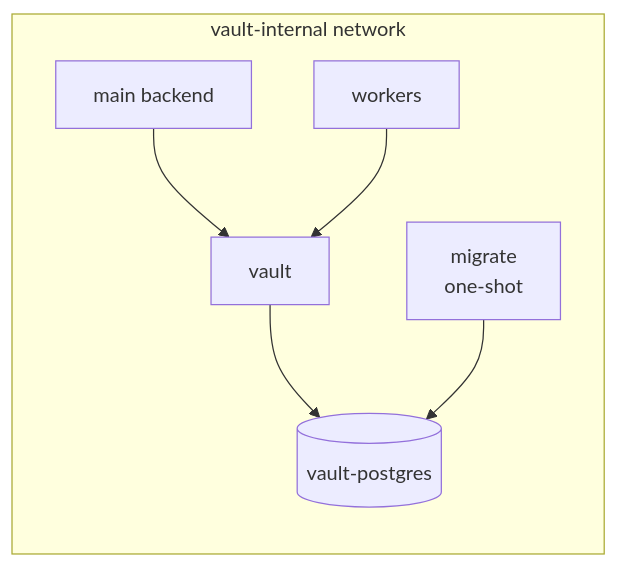
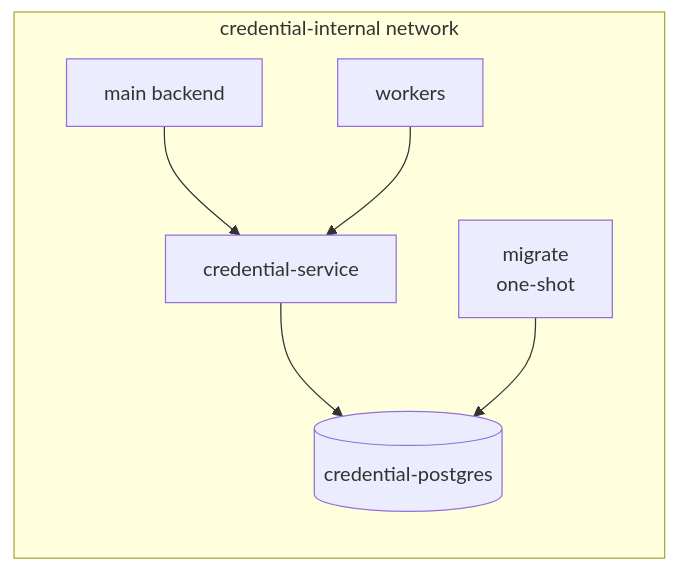
One commit to marianhupalo4/test-task changed the fourth of 4 diagrams in docs/design.md. Above: the diagram before and after it, drawn with Mermaid. The commit also changed other lines of this file and 16 other files, not shown here.

Commit message:
rename vault to credential service

````diff
--- a/docs/design.md
+++ b/docs/design.md
@@ -216,14 +216,14 @@
 ```mermaid
 flowchart LR
-    subgraph net[vault-internal network]
-        vault[vault]
+    subgraph net[credential-internal network]
+        service[credential-service]
         migrate[migrate<br/>one-shot]
-        pg[(vault-postgres)]
+        pg[(credential-postgres)]
         backend[main backend]
         workers[workers]
     end
-    vault --> pg
+    service --> pg
     migrate --> pg
-    backend --> vault
-    workers --> vault
+    backend --> service
+    workers --> service
 ```
````
